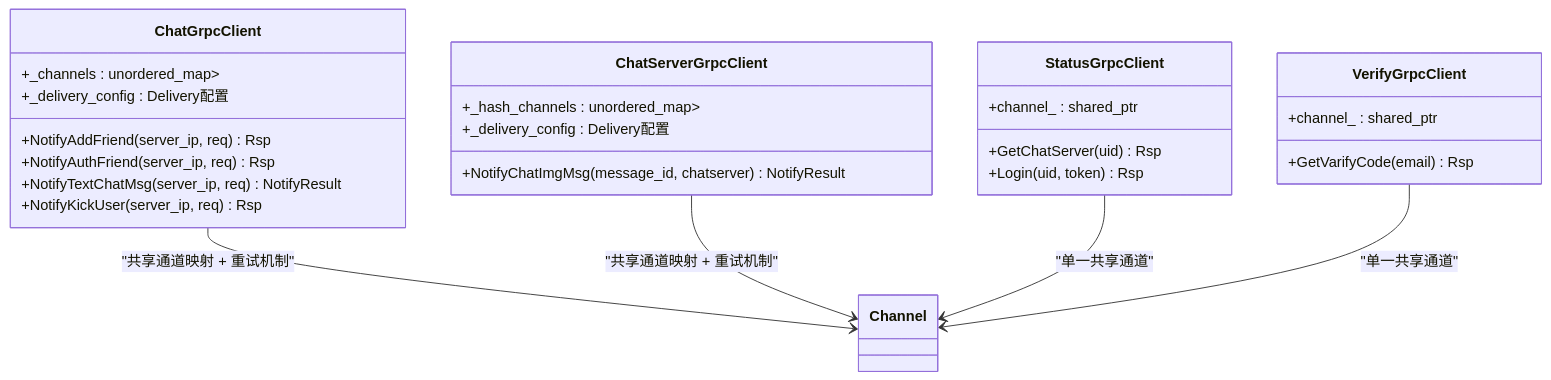
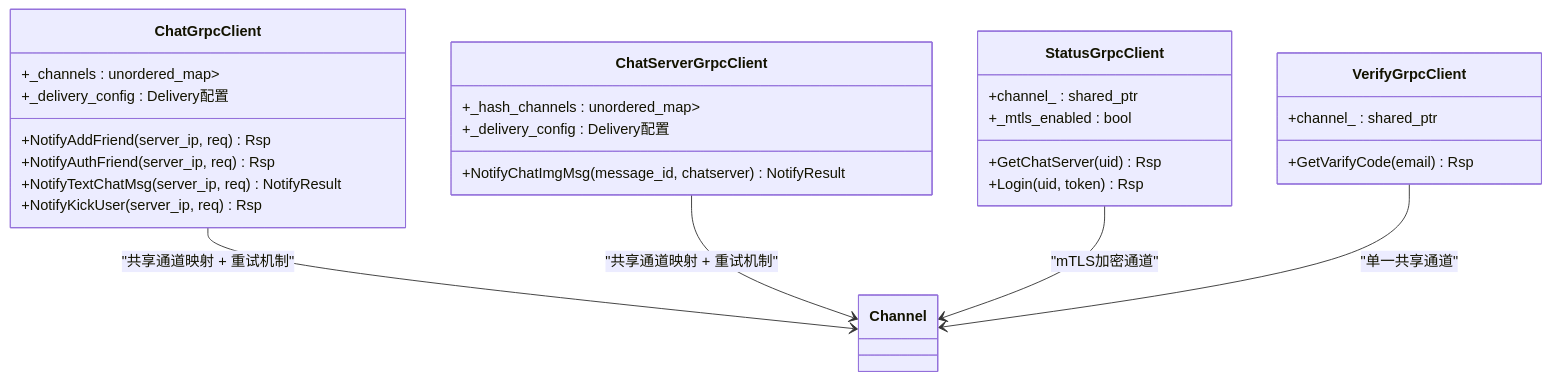
One commit to echo9923/mychatter changed the sixth of 8 diagrams in .qoder/repowiki/zh/content/架构设计/微服务架构设计/服务间通信机制.md. Above: the diagram before and after it, drawn with Mermaid. The commit also changed other lines of this file and 107 other files, not shown here.

````diff
--- a/.qoder/repowiki/zh/content/架构设计/微服务架构设计/服务间通信机制.md
+++ b/.qoder/repowiki/zh/content/架构设计/微服务架构设计/服务间通信机制.md
@@ -329,29 +337,30 @@
 ```mermaid
 classDiagram
 class ChatGrpcClient {
 +_channels : unordered_map<string, shared_ptr<Channel>>
 +NotifyAddFriend(server_ip, req) Rsp
 +NotifyAuthFriend(server_ip, req) Rsp
 +NotifyTextChatMsg(server_ip, req) NotifyResult
 +NotifyKickUser(server_ip, req) Rsp
 +_delivery_config : Delivery配置
 }
 class ChatServerGrpcClient {
 +_hash_channels : unordered_map<string, shared_ptr<Channel>>
 +NotifyChatImgMsg(message_id, chatserver) NotifyResult
 +_delivery_config : Delivery配置
 }
 class StatusGrpcClient {
 +channel_ : shared_ptr<Channel>
 +GetChatServer(uid) Rsp
 +Login(uid, token) Rsp
++_mtls_enabled : bool
 }
 class VerifyGrpcClient {
 +channel_ : shared_ptr<Channel>
 +GetVarifyCode(email) Rsp
 }
 ChatGrpcClient --> Channel : "共享通道映射 + 重试机制"
 ChatServerGrpcClient --> Channel : "共享通道映射 + 重试机制"
-StatusGrpcClient --> Channel : "单一共享通道"
+StatusGrpcClient --> Channel : "mTLS加密通道"
 VerifyGrpcClient --> Channel : "单一共享通道"
 ```
````
